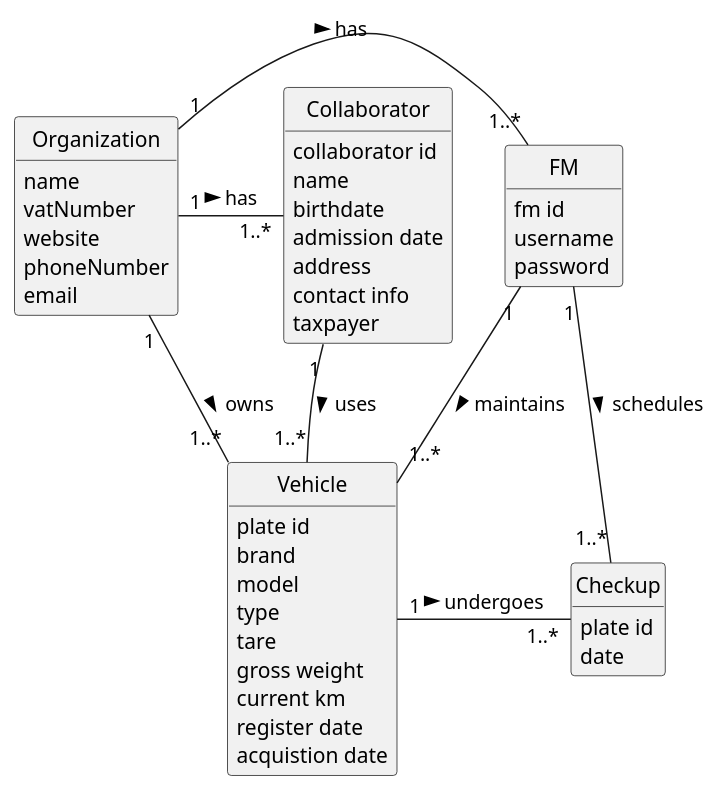
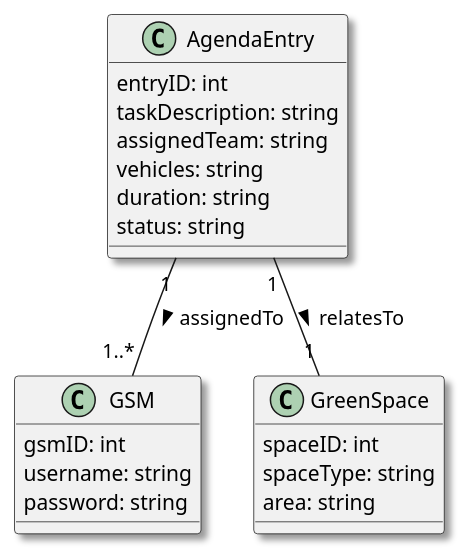
The diagram in docs/sprintC/us024/02.analysis/puml/us024-domain-model.puml (rpedros02/lei-24-s2-1DL-g08), drawn with PlantUML before and after one commit. The commit also changed 5 other files, not shown here.

Commit message:
Início dos diagramas da US24

```diff
--- a/docs/sprintC/us024/02.analysis/puml/us024-domain-model.puml
+++ b/docs/sprintC/us024/02.analysis/puml/us024-domain-model.puml
@@ -1,61 +1,30 @@
 @startuml
-skinparam monochrome true
+skinparam monochrome false
 skinparam packageStyle rectangle
-skinparam shadowing false
+skinparam shadowing true
 skinparam classAttributeIconSize 0
 
-hide circle
-hide methods
-
-
-class Organization {
-    name
-    vatNumber
-    website
-    phoneNumber
-    email
-}
-class Vehicle {
-    plate id
-    brand
-    model
-    type
-    tare
-    gross weight
-    current km
-    register date
-    acquistion date
-}
-class Collaborator {
-    collaborator id
-    name
-    birthdate
-    admission date
-    address
-    contact info
-    taxpayer
+class AgendaEntry {
+    entryID: int
+    taskDescription: string
+    assignedTeam: string
+    vehicles: string
+    duration: string
+    status: string
 }
 
-class FM {
-    fm id
-    username
-    password
-
+class GSM {
+    gsmID: int
+    username: string
+    password: string
 }
 
-class Checkup {
-    plate id
-    date
-
+class GreenSpace {
+    spaceID: int
+    spaceType: string
+    area: string
 }
 
-Organization "1" - "1..*" FM: has >
-Organization "1" - "1..*" Collaborator: has >
-Organization "1" - "1..*" Vehicle: owns >
-Collaborator "1" -- "1..*" Vehicle: uses >
-FM "1" -- "1..*" Vehicle: maintains >
-FM "1" - "1..*" Checkup: schedules >
-Vehicle "1" - "1..*" Checkup: undergoes >
-
-
+AgendaEntry "1" -- "1..*" GSM : assignedTo >
+AgendaEntry "1" -- "1" GreenSpace : relatesTo >
 @enduml
```
